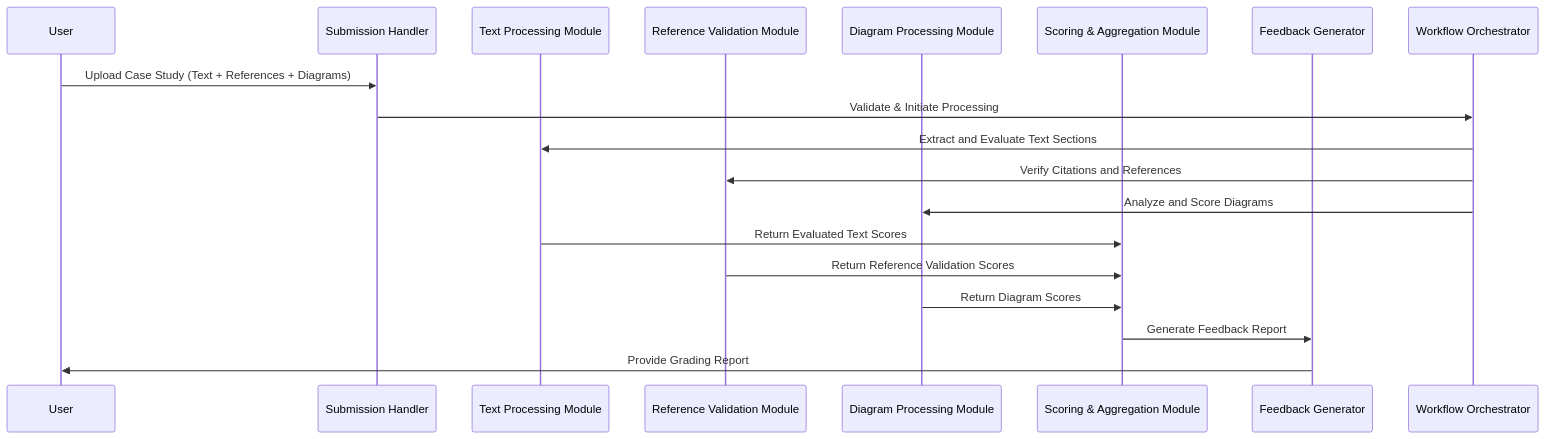
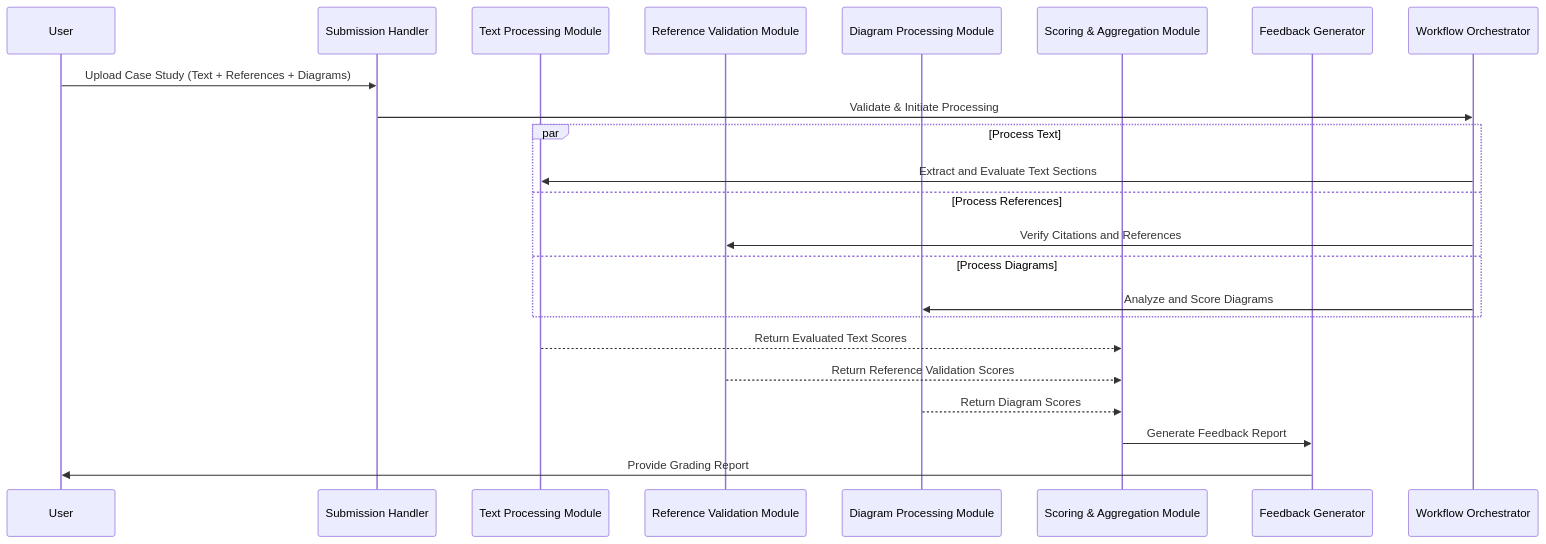
Before and after one commit to saugatach/LLM-grader: the first of 8 diagrams in design/LLM-designs/LLM-design-grading-case-study/design-grading-case-study-level2.md, drawn with Mermaid. The commit also changed other lines of this file and 10 other files, not shown here.

````diff
--- a/design/LLM-designs/LLM-design-grading-case-study/design-grading-case-study-level2.md
+++ b/design/LLM-designs/LLM-design-grading-case-study/design-grading-case-study-level2.md
@@ -29,22 +30,29 @@
 ```mermaid
 sequenceDiagram
     participant User
     participant SubmissionHandler as Submission Handler
     participant TextProcessor as Text Processing Module
     participant ReferenceValidator as Reference Validation Module
     participant DiagramProcessor as Diagram Processing Module
     participant ScoringAggregator as Scoring & Aggregation Module
     participant FeedbackGenerator as Feedback Generator
     participant Orchestrator as Workflow Orchestrator
 
     User->>SubmissionHandler: Upload Case Study (Text + References + Diagrams)
     SubmissionHandler->>Orchestrator: Validate & Initiate Processing
-    Orchestrator->>TextProcessor: Extract and Evaluate Text Sections
-    Orchestrator->>ReferenceValidator: Verify Citations and References
-    Orchestrator->>DiagramProcessor: Analyze and Score Diagrams
-    TextProcessor->>ScoringAggregator: Return Evaluated Text Scores
-    ReferenceValidator->>ScoringAggregator: Return Reference Validation Scores
-    DiagramProcessor->>ScoringAggregator: Return Diagram Scores
+    
+    par Process Text
+        Orchestrator->>TextProcessor: Extract and Evaluate Text Sections
+    and Process References
+        Orchestrator->>ReferenceValidator: Verify Citations and References
+    and Process Diagrams
+        Orchestrator->>DiagramProcessor: Analyze and Score Diagrams
+    end
+
+    TextProcessor-->>ScoringAggregator: Return Evaluated Text Scores
+    ReferenceValidator-->>ScoringAggregator: Return Reference Validation Scores
+    DiagramProcessor-->>ScoringAggregator: Return Diagram Scores
+    
     ScoringAggregator->>FeedbackGenerator: Generate Feedback Report
     FeedbackGenerator->>User: Provide Grading Report
 ```
````
